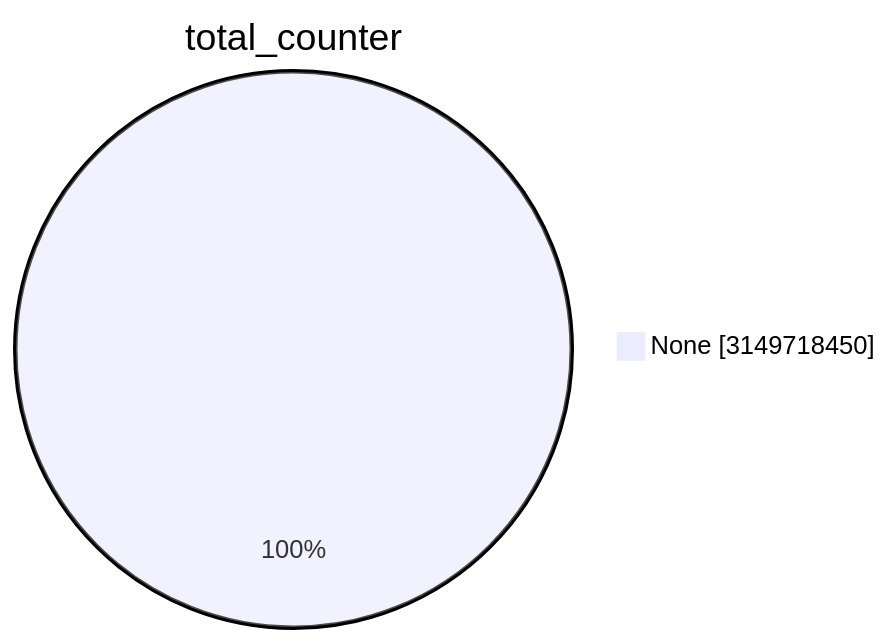
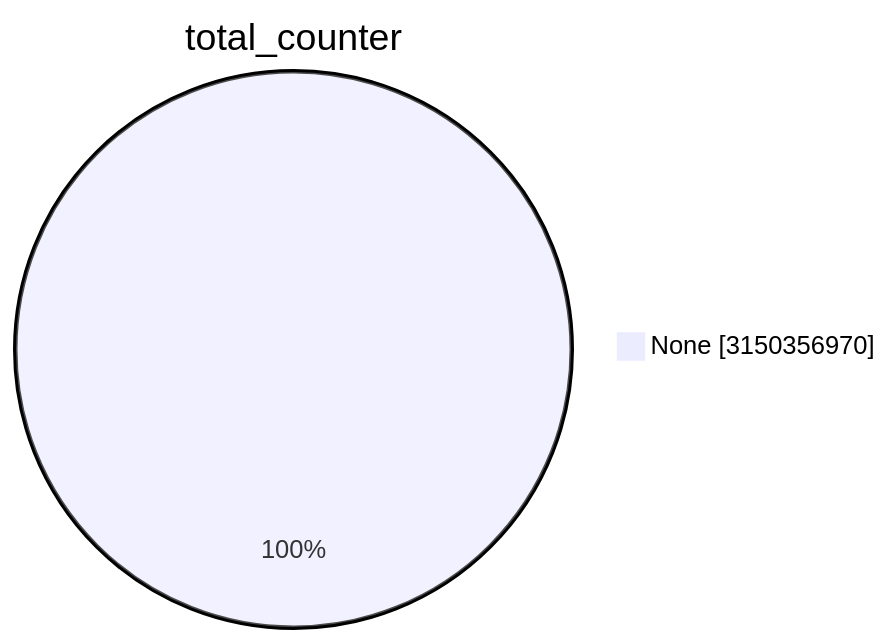
One commit to christiankrug/ctmonitor_visualization changed the first of 15 diagrams in TOTAL/README.md. Above: the diagram before and after it, drawn with Mermaid. The commit also changed other lines of this file, not shown here.

````diff
--- a/TOTAL/README.md
+++ b/TOTAL/README.md
@@ -1,5 +1,5 @@
 ```mermaid
 pie showData
 title total_counter
-"None" :3149718450
+"None" :3150356970
 ```
````
